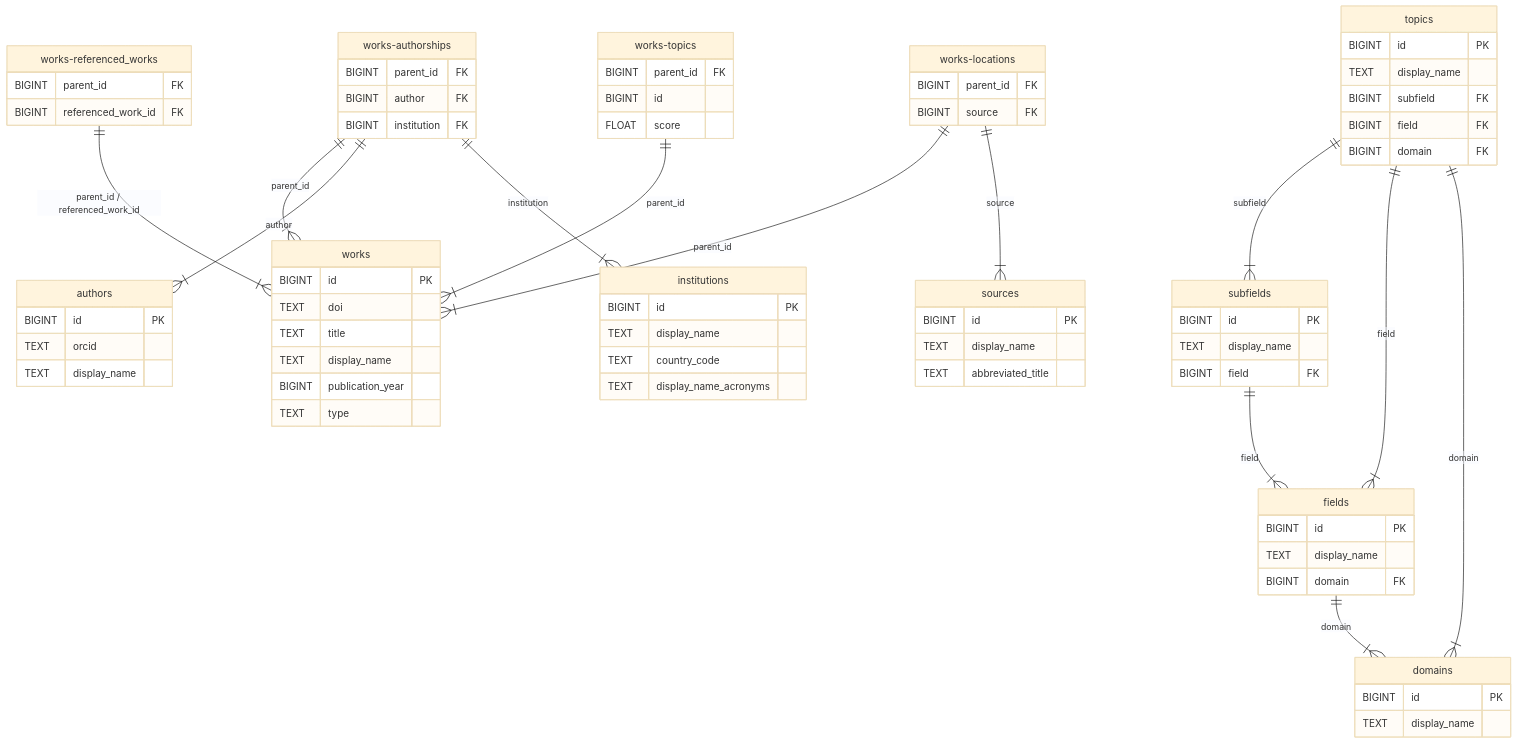
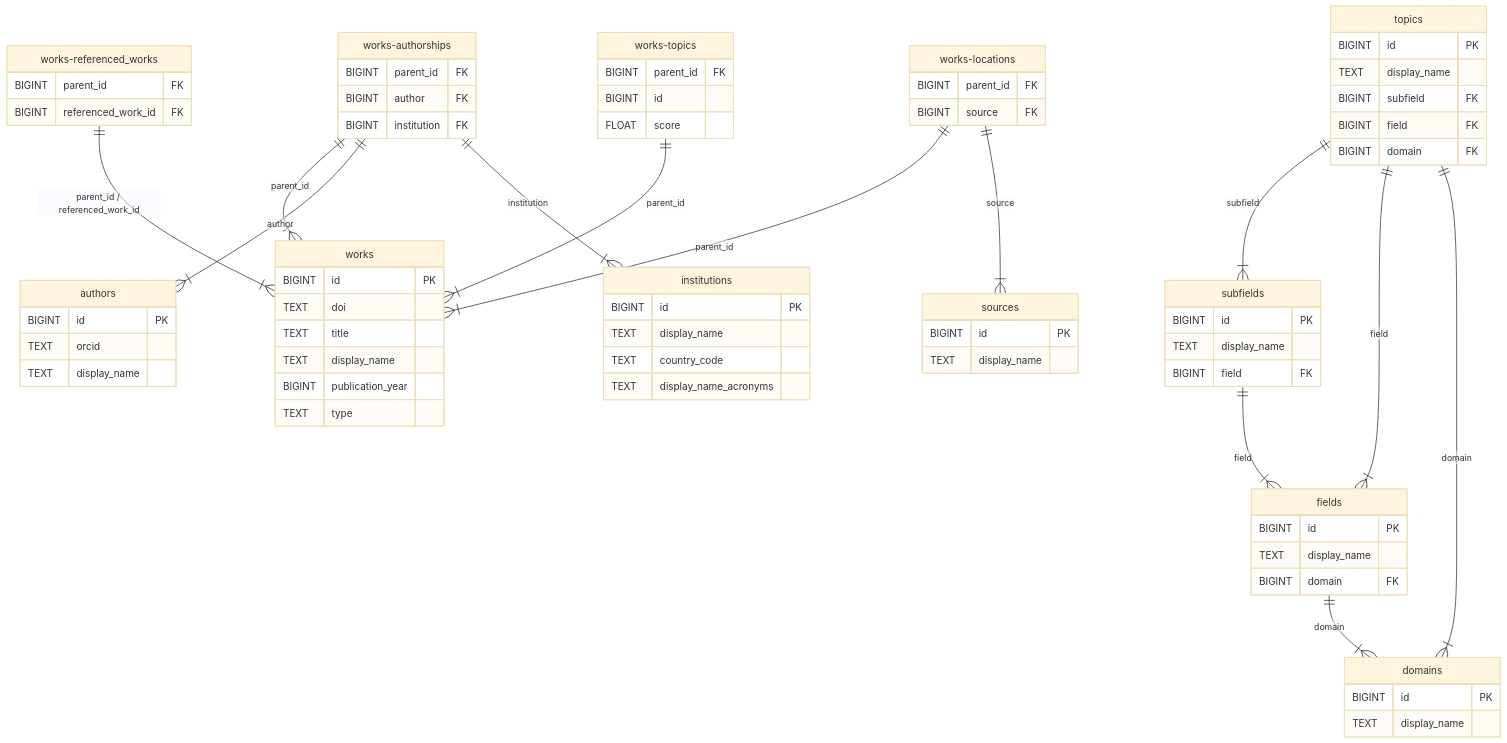
The diagram in README.md (endremborza/rankless), drawn with Mermaid (base theme) before and after one commit. The commit also changed 6 other files, not shown here.

````diff
--- a/README.md
+++ b/README.md
@@ -13,78 +13,77 @@
 ```mermaid
 erDiagram
   "fields" {
     BIGINT id PK
     TEXT display_name
     BIGINT domain FK
   }
   "domains" {
     BIGINT id PK
     TEXT display_name
   }
   "works" {
     BIGINT id PK
     TEXT doi
     TEXT title
     TEXT display_name
     BIGINT publication_year
     TEXT type
   }
   "works-authorships" {
     BIGINT parent_id FK
     BIGINT author FK
     BIGINT institution FK
   }
   "authors" {
     BIGINT id PK
     TEXT orcid
     TEXT display_name
   }
   "institutions" {
     BIGINT id PK
     TEXT display_name
     TEXT country_code
     TEXT display_name_acronyms
   }
   "subfields" {
     BIGINT id PK
     TEXT display_name
     BIGINT field FK
   }
   "works-locations" {
     BIGINT parent_id FK
     BIGINT source FK
   }
   "sources" {
     BIGINT id PK
     TEXT display_name
-    TEXT abbreviated_title
   }
   "works-referenced_works" {
     BIGINT parent_id FK
     BIGINT referenced_work_id FK
   }
   "works-topics" {
     BIGINT parent_id FK
     BIGINT id
     FLOAT score
   }
   "topics" {
     BIGINT id PK
     TEXT display_name
     BIGINT subfield FK
     BIGINT field FK
     BIGINT domain FK
   }
   "fields"               ||--|{ "domains"               : "domain"
   "subfields"            ||--|{ "fields"                : "field"
   "topics"               ||--|{ "subfields"             : "subfield"
   "topics"               ||--|{ "fields"                : "field"
   "topics"               ||--|{ "domains"               : "domain"
   "works-authorships"    ||--|{ "works"                 : "parent_id"
   "works-authorships"    ||--|{ "authors"               : "author"
   "works-authorships"    ||--|{ "institutions"          : "institution"
   "works-locations"      ||--|{ "works"                 : "parent_id"
   "works-locations"      ||--|{ "sources"               : "source"
   "works-referenced_works" ||--|{ "works"               : "parent_id / referenced_work_id"
   "works-topics"         ||--|{ "works"                 : "parent_id"
 ```
````
